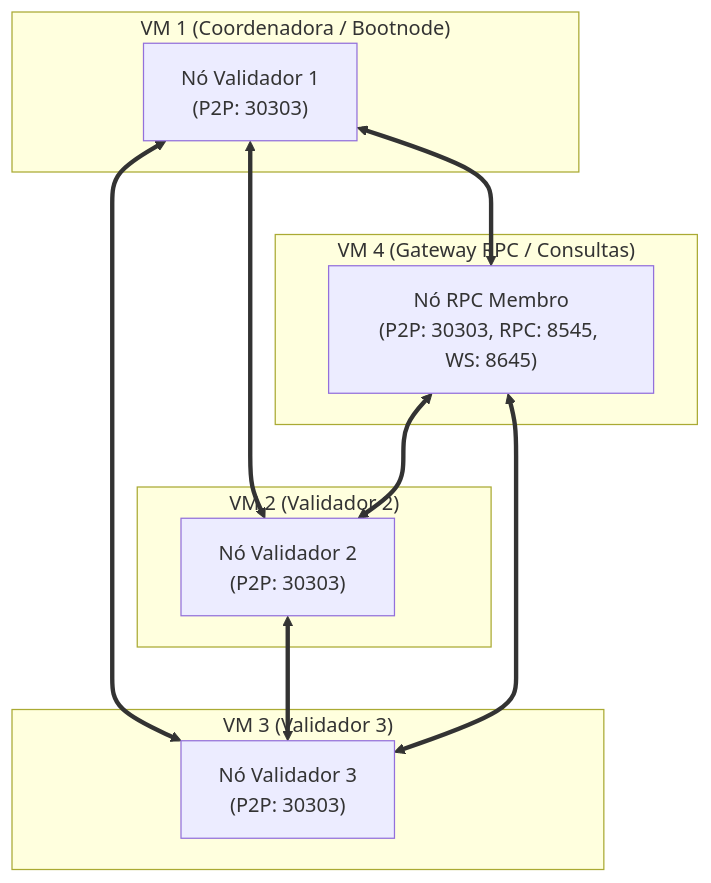
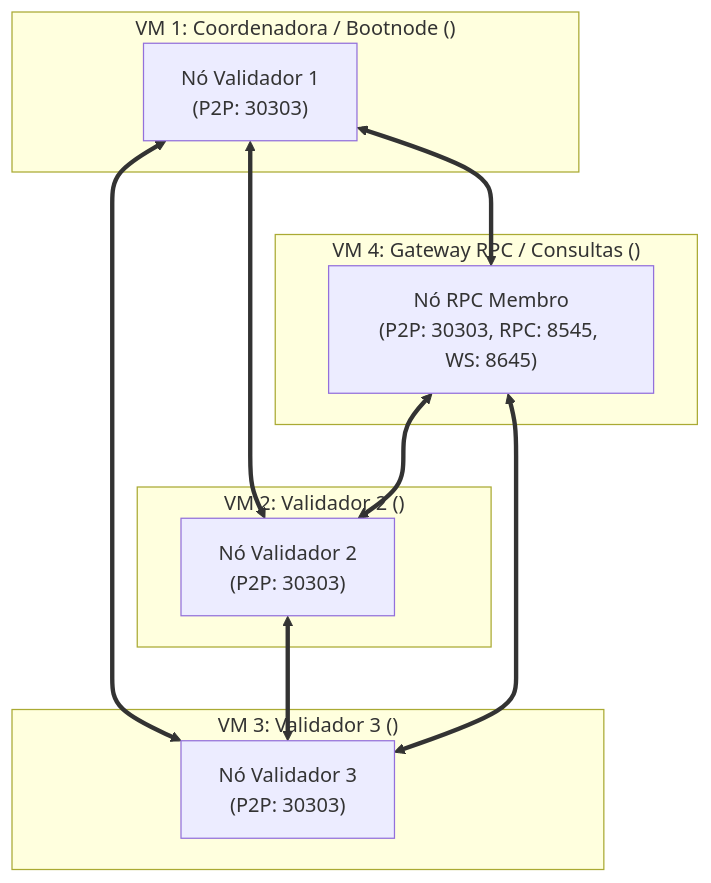
The diagram in rede/docs/arquitetura-multi-node.md (CarlosMikaelCardoso/wyden_coins_contract), drawn with Mermaid before and after one commit. The commit also changed 5 other files, not shown here.

Commit message:
docs(rede): padroniza placeholders com <node1-ip>, <node2-ip>, <node3-ip>, <rpc-ip> em todos os arquivos

````diff
--- a/rede/docs/arquitetura-multi-node.md
+++ b/rede/docs/arquitetura-multi-node.md
@@ -11,25 +11,25 @@
 ```mermaid
 graph TD
-    subgraph M1["VM 1 (Coordenadora / Bootnode)"]
+    subgraph M1["VM 1: Coordenadora / Bootnode (<node1-ip>)"]
         N1["Nó Validador 1<br/>(P2P: 30303)"]
     end
 
-    subgraph M2["VM 2 (Validador 2)"]
+    subgraph M2["VM 2: Validador 2 (<node2-ip>)"]
         N2["Nó Validador 2<br/>(P2P: 30303)"]
     end
 
-    subgraph M3["VM 3 (Validador 3)"]
+    subgraph M3["VM 3: Validador 3 (<node3-ip>)"]
         N3["Nó Validador 3<br/>(P2P: 30303)"]
     end
 
-    subgraph M4["VM 4 (Gateway RPC / Consultas)"]
+    subgraph M4["VM 4: Gateway RPC / Consultas (<rpc-ip>)"]
         RPC["Nó RPC Membro<br/>(P2P: 30303, RPC: 8545, WS: 8645)"]
     end
 
     N1 <==> N2
     N1 <==> N3
     N1 <==> RPC
     N2 <==> N3
     RPC <==> N2
     RPC <==> N3
 ```
````
